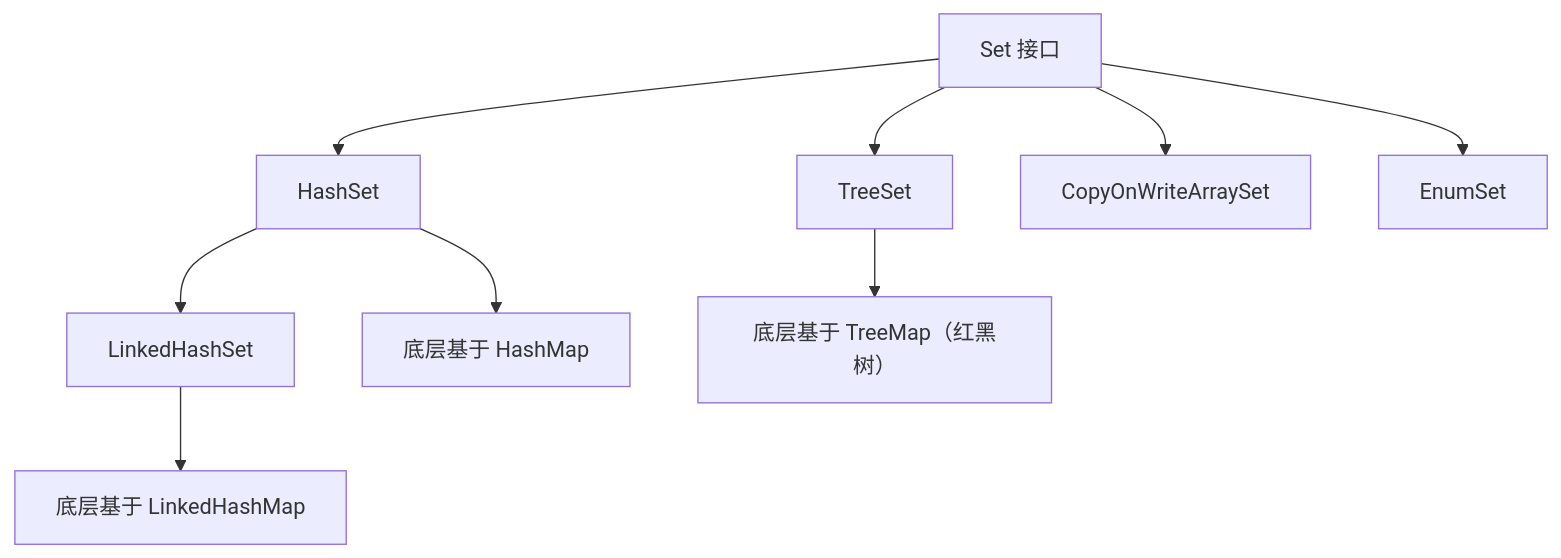
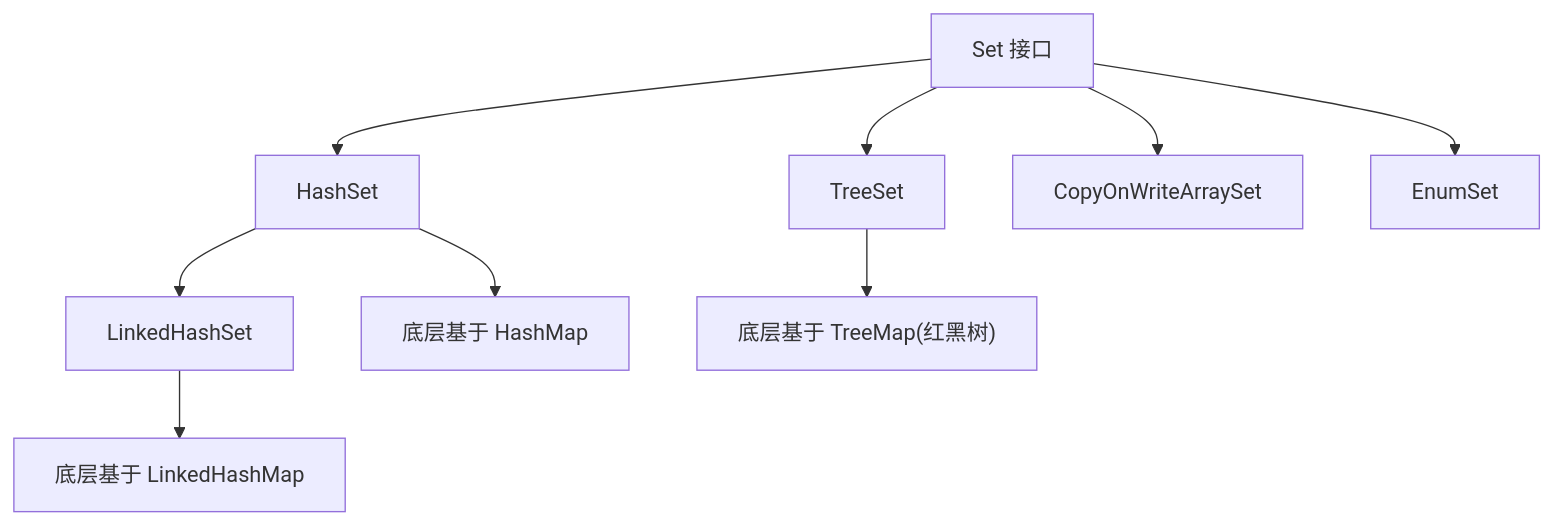
The diagram in 10_DevelopLanguage/001_Java/02_JavaCollectionSubject/03、Set 相关.md (zz12121/KnowledgeDevelope), drawn with Mermaid before and after one commit. The commit also changed 12 other files, not shown here.

Commit message:
fix: 修复全库 Mermaid 图表语法错误

````diff
--- a/10_DevelopLanguage/001_Java/02_JavaCollectionSubject/03、Set 相关.md
+++ b/10_DevelopLanguage/001_Java/02_JavaCollectionSubject/03、Set 相关.md
@@ -1,11 +1,12 @@
 ```mermaid
 flowchart TD
     A[Set 接口] --> B[HashSet]
     A --> C[TreeSet]
     A --> D[CopyOnWriteArraySet]
     A --> E[EnumSet]
     B --> F[LinkedHashSet]
     B --> G["底层基于 HashMap"]
     F --> H["底层基于 LinkedHashMap"]
-    C --> I["底层基于 TreeMap（红黑树）"]
+    C --> I["底层基于 TreeMap(红黑树)"]
+
 ```
````
